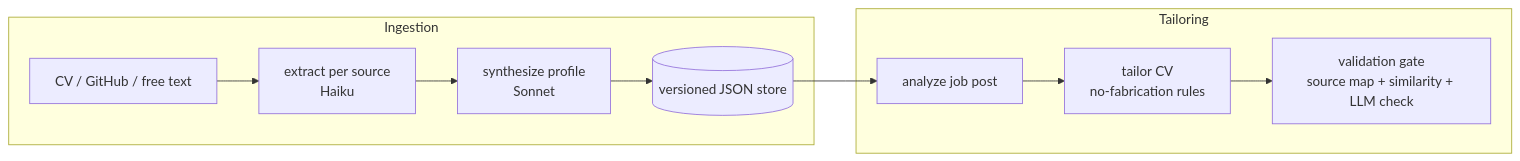
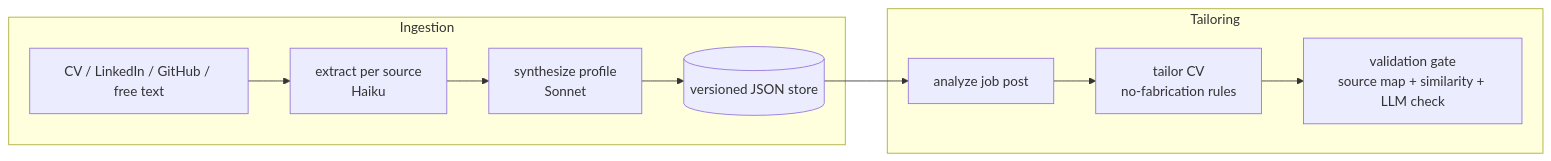
Before and after one commit to thomas-choi/Resume-Builder: the diagram in README.md, drawn with Mermaid. The commit also changed other lines of this file and 17 other files, not shown here.

````diff
--- a/README.md
+++ b/README.md
@@ -15,9 +15,9 @@
 ```mermaid
 flowchart LR
     subgraph Ingestion
-        A[CV / GitHub / free text] --> B[extract per source<br/>Haiku] --> C[synthesize profile<br/>Sonnet] --> D[(versioned JSON store)]
+        A[CV / LinkedIn / GitHub / free text] --> B[extract per source<br/>Haiku] --> C[synthesize profile<br/>Sonnet] --> D[(versioned JSON store)]
     end
     subgraph Tailoring
         D --> E[analyze job post] --> F[tailor CV<br/>no-fabrication rules] --> G[validation gate<br/>source map + similarity + LLM check]
     end
 ```
````
